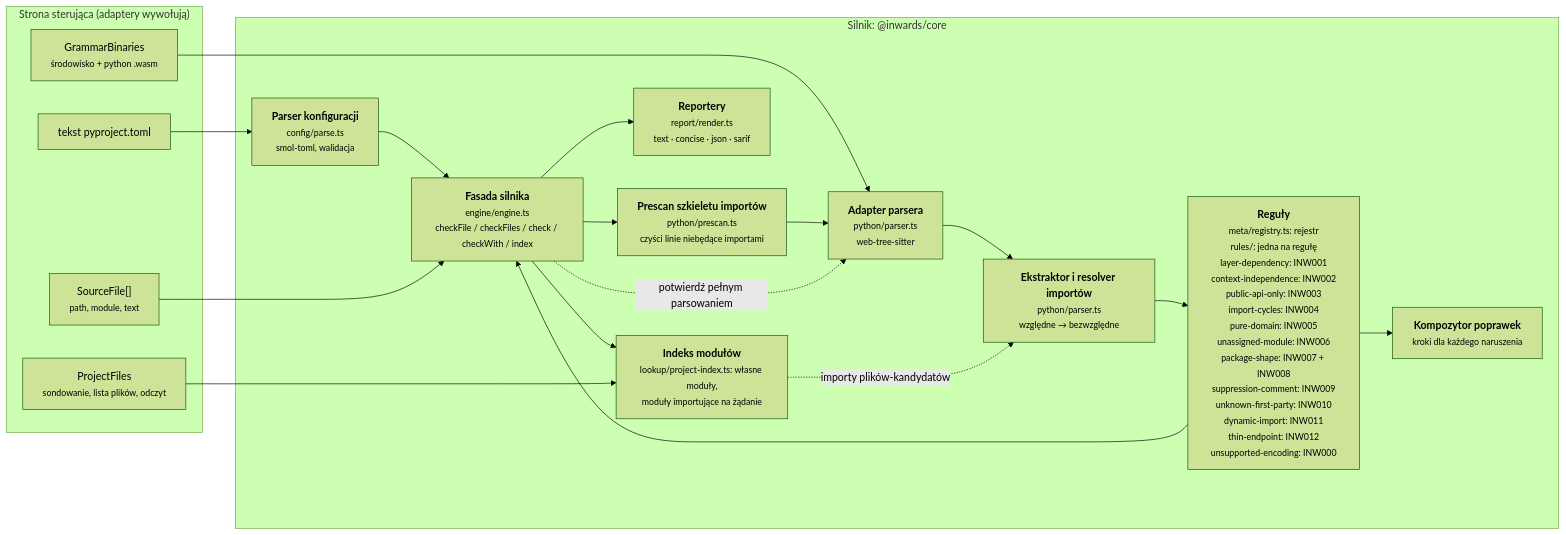
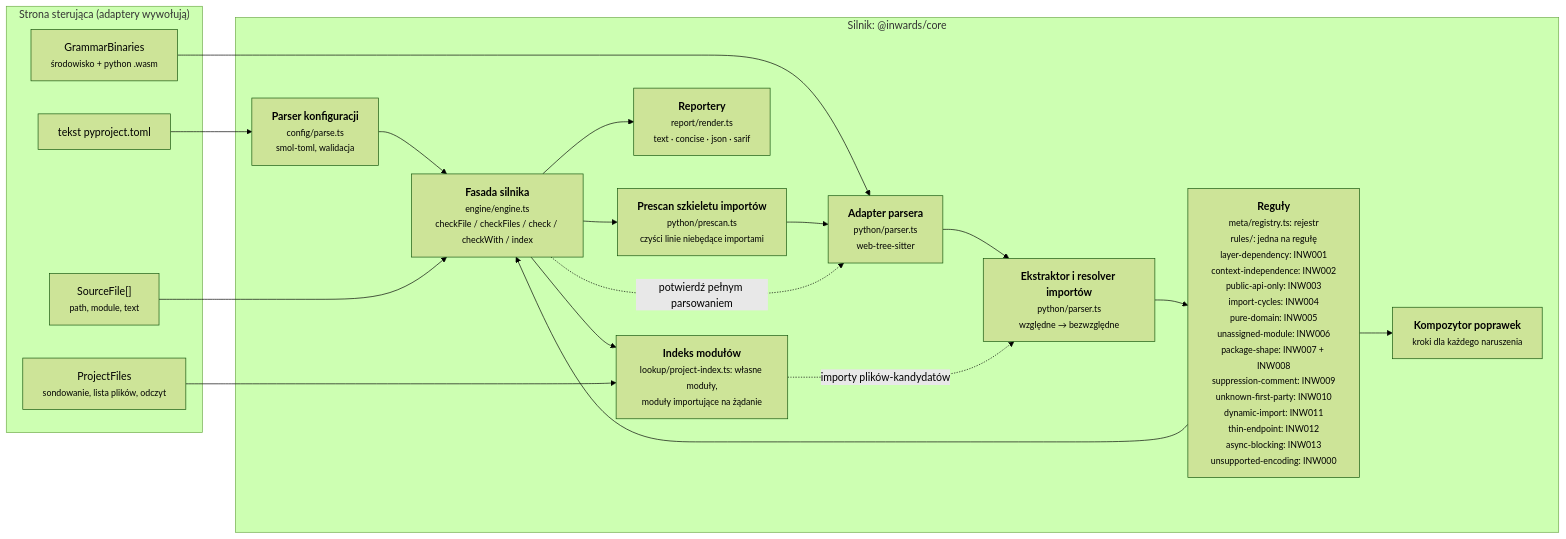
The third of 6 diagrams in docs/pl/03-Architecture-C4.md (SirCypkowskyy/inwards), drawn with Mermaid (forest theme) before and after one commit. The commit also changed other lines of this file and 37 other files, not shown here.

First line of the commit message:
feat(rules): add INW013 async-blocking for sync I/O inside async def

````diff
--- a/docs/pl/03-Architecture-C4.md
+++ b/docs/pl/03-Architecture-C4.md
@@ -104,33 +104,33 @@
 ```mermaid
 flowchart LR
     subgraph driving["Strona sterująca (adaptery wywołują)"]
         files["SourceFile[]<br/><small>path, module, text</small>"]
         cfgtext["tekst pyproject.toml"]
         wasm["GrammarBinaries<br/><small>środowisko + python .wasm</small>"]
         pfiles["ProjectFiles<br/><small>sondowanie, lista plików, odczyt</small>"]
     end
 
     subgraph enginebox["Silnik: @inwards/core"]
         config["<b>Parser konfiguracji</b><br/><small>config/parse.ts<br/>smol-toml, walidacja</small>"]
         pre["<b>Prescan szkieletu importów</b><br/><small>python/prescan.ts<br/>czyści linie niebędące importami</small>"]
         parser["<b>Adapter parsera</b><br/><small>python/parser.ts<br/>web-tree-sitter</small>"]
         extract["<b>Ekstraktor i resolver importów</b><br/><small>python/parser.ts<br/>względne → bezwzględne</small>"]
-        rules["<b>Reguły</b><br/><small>meta/registry.ts: rejestr<br/>rules/: jedna na regułę<br/>layer-dependency: INW001<br/>context-independence: INW002<br/>public-api-only: INW003<br/>import-cycles: INW004<br/>pure-domain: INW005<br/>unassigned-module: INW006<br/>package-shape: INW007 + INW008<br/>suppression-comment: INW009<br/>unknown-first-party: INW010<br/>dynamic-import: INW011<br/>thin-endpoint: INW012<br/>unsupported-encoding: INW000</small>"]
+        rules["<b>Reguły</b><br/><small>meta/registry.ts: rejestr<br/>rules/: jedna na regułę<br/>layer-dependency: INW001<br/>context-independence: INW002<br/>public-api-only: INW003<br/>import-cycles: INW004<br/>pure-domain: INW005<br/>unassigned-module: INW006<br/>package-shape: INW007 + INW008<br/>suppression-comment: INW009<br/>unknown-first-party: INW010<br/>dynamic-import: INW011<br/>thin-endpoint: INW012<br/>async-blocking: INW013<br/>unsupported-encoding: INW000</small>"]
         fix["<b>Kompozytor poprawek</b><br/><small>kroki dla każdego naruszenia</small>"]
         report["<b>Reportery</b><br/><small>report/render.ts<br/>text · concise · json · sarif</small>"]
         engine["<b>Fasada silnika</b><br/><small>engine/engine.ts<br/>checkFile / checkFiles / check / checkWith / index</small>"]
         modgraph["<b>Indeks modułów</b><br/><small>lookup/project-index.ts: własne moduły,<br/>moduły importujące na żądanie</small>"]
     end
 
     cfgtext --> config --> engine
     wasm --> parser
     files --> engine
     engine --> pre --> parser --> extract --> rules
     rules --> fix
     rules --> engine
     engine -. "potwierdź pełnym parsowaniem" .-> parser
     engine --> modgraph
     pfiles --> modgraph
     modgraph -. "importy plików-kandydatów" .-> extract
     engine --> report
 ```
````
